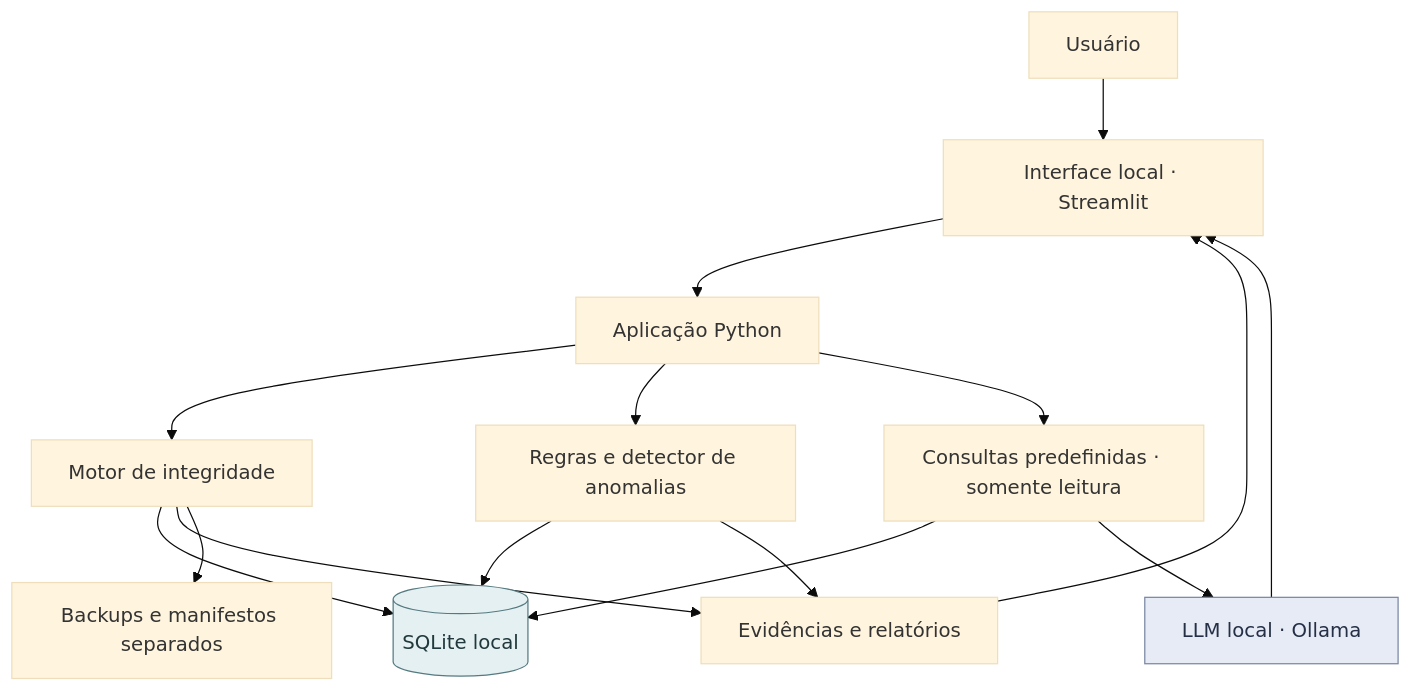
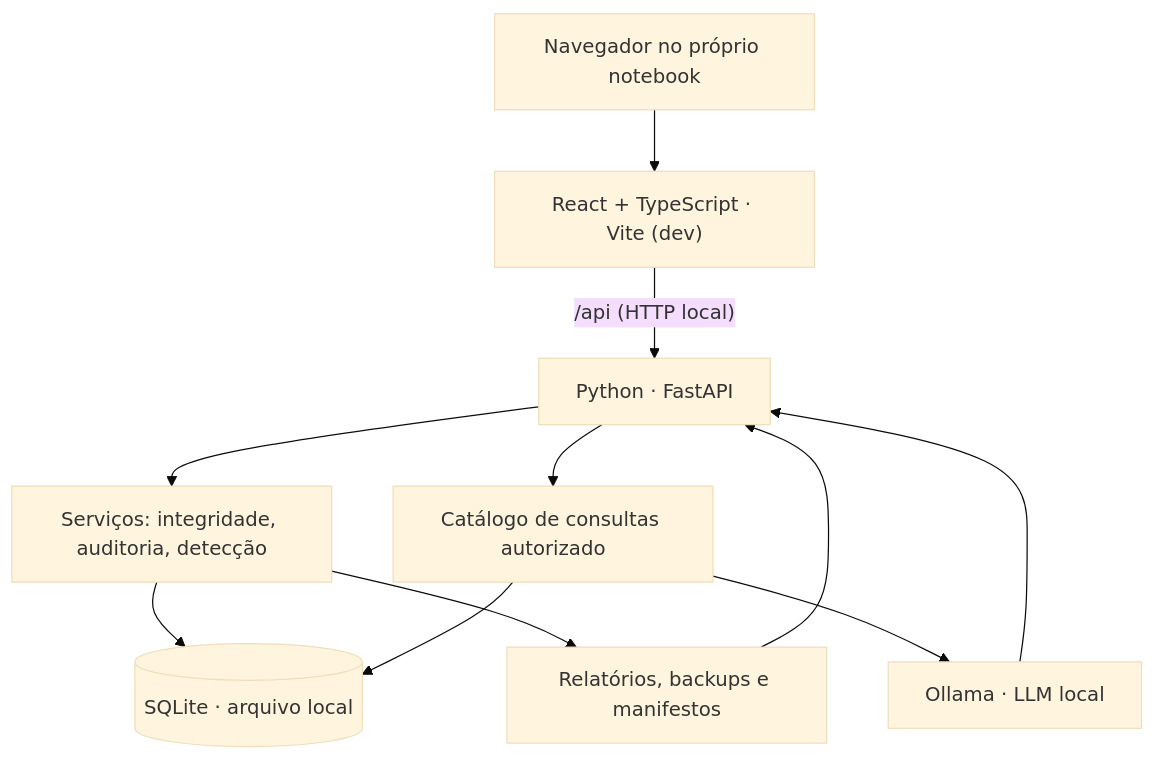
One commit to lianeheidemann/ai-privileged-access changed the first of 2 diagrams in README.md. Above: the diagram before and after it, drawn with Mermaid (base theme). The commit also changed other lines of this file, not shown here.

Commit message:
docs: align project README with offline React TypeScript FastAPI architecture

````diff
--- a/README.md
+++ b/README.md
@@ -22,19 +27,13 @@
-```mermaid
+~~~mermaid
 flowchart TD
-    U["Usuário"] --> UI["Interface local · Streamlit"]
-    UI --> APP["Aplicação Python"]
-    APP --> VAL["Motor de integridade"]
-    APP --> ML["Regras e detector de anomalias"]
-    APP --> Q["Consultas predefinidas · somente leitura"]
-    Q --> DB[("SQLite local")]
-    VAL --> DB
-    ML --> DB
-    Q --> IA["LLM local · Ollama"]
-    VAL --> REL["Evidências e relatórios"]
-    ML --> REL
-    IA --> UI
-    REL --> UI
-    VAL --> BACK["Backups e manifestos separados"]
-    style DB fill:#e4f0f2,stroke:#557a80,color:#21383c
-    style IA fill:#e7ebf5,stroke:#7885a2,color:#253047
-```
+    USER["Navegador no próprio notebook"] --> REACT["React + TypeScript · Vite (dev)"]
+    REACT -->|"/api (HTTP local)"| API["Python · FastAPI"]
+    API --> CORE["Serviços: integridade, auditoria, detecção"]
+    API --> Q["Catálogo de consultas autorizado"]
+    CORE --> DB[("SQLite · arquivo local")]
+    Q --> DB
+    Q --> AI["Ollama · LLM local"]
+    CORE --> E["Relatórios, backups e manifestos"]
+    AI --> API
+    E --> API
+~~~
````
